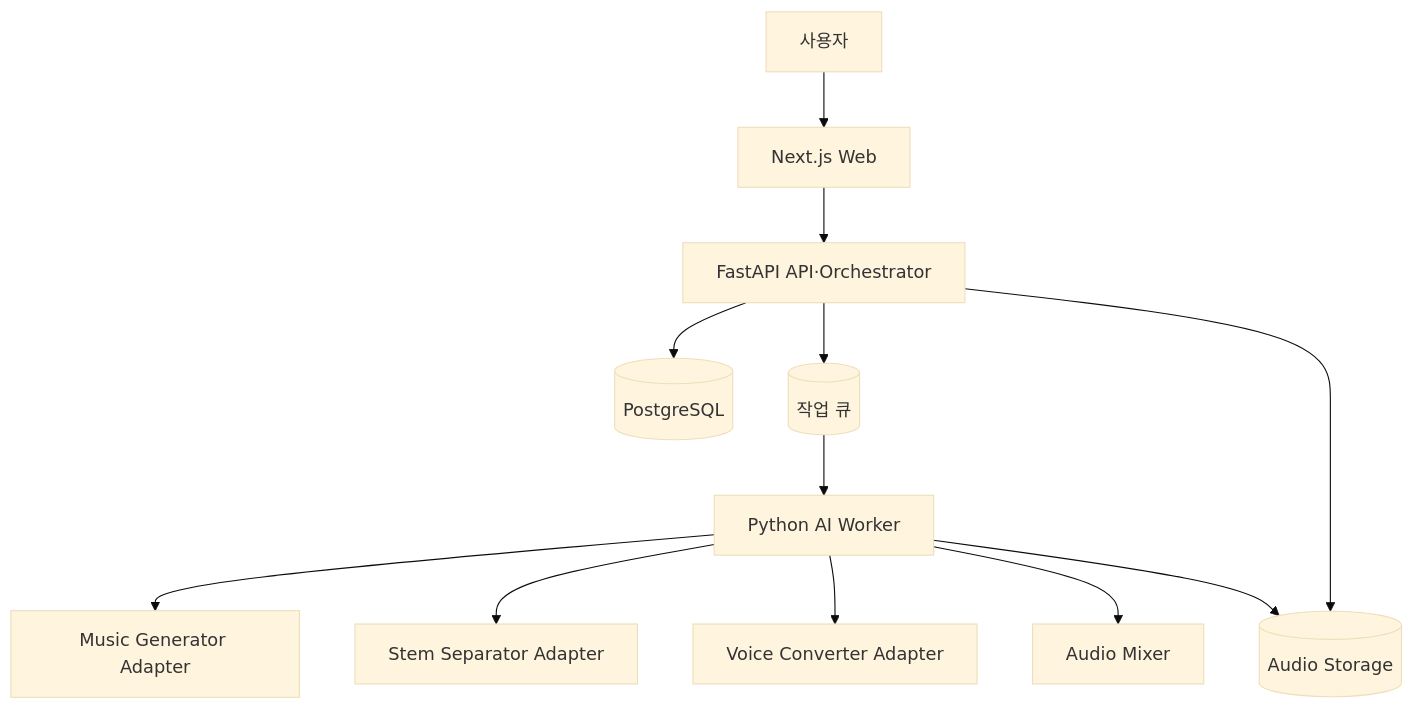
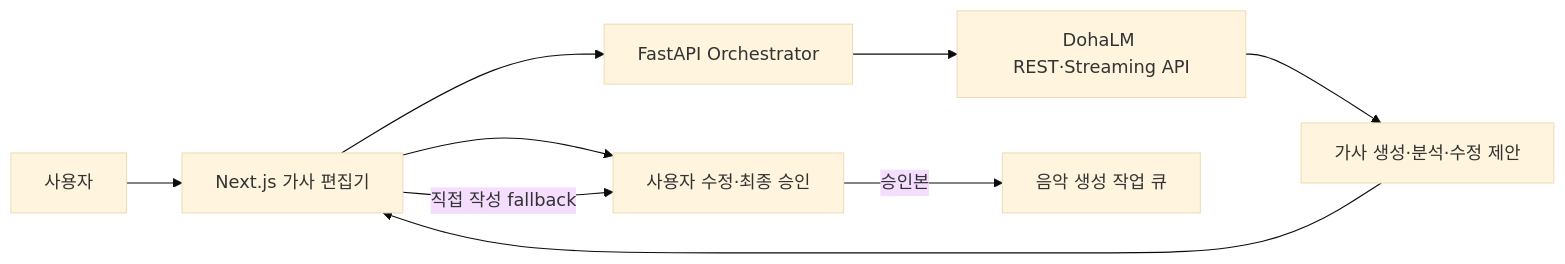
Before and after one commit to DohaStudio/DohaMusic: the second of 2 diagrams in docs/03-architecture/system-architecture.md, drawn with Mermaid (base theme). The commit also changed other lines of this file and 513 other files, not shown here.

First line of the commit message:
chore: DohaMusic 코드·아키텍처 기준선 main 승격

````diff
--- a/docs/03-architecture/system-architecture.md
+++ b/docs/03-architecture/system-architecture.md
@@ -6,14 +47,11 @@
 ```mermaid
-flowchart TB
-  U[사용자] --> W[Next.js Web]
-  W --> A[FastAPI API·Orchestrator]
-  A --> D[(PostgreSQL)]
-  A --> Q[(작업 큐)]
-  Q --> K[Python AI Worker]
-  K --> MG[Music Generator Adapter]
-  K --> SS[Stem Separator Adapter]
-  K --> VC[Voice Converter Adapter]
-  K --> MX[Audio Mixer]
-  K --> O[(Audio Storage)]
-  A --> O
+flowchart LR
+  U[사용자] --> N[Next.js 가사 편집기]
+  N --> A[FastAPI Orchestrator]
+  A --> D[DohaLM REST·Streaming API]
+  D --> L[가사 생성·분석·수정 제안]
+  L --> N
+  N --> V[사용자 수정·최종 승인]
+  V -->|승인본| Q[음악 생성 작업 큐]
+  N -->|직접 작성 fallback| V
 ```
````
